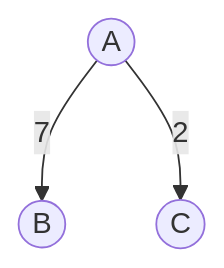
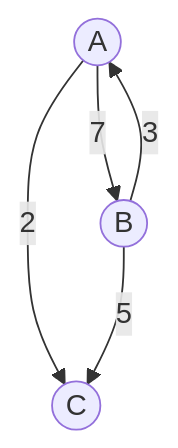
The second of 2 diagrams in README.md (rabestro/test-mermaid), drawn with Mermaid before and after one commit.

````diff
--- a/README.md
+++ b/README.md
@@ -11,5 +11,8 @@
 ```mermaid
 flowchart TD
     A((A)) -->|7| B((B))
     A -->|2| C((C))
+    B -->|3| A
+    B -->|5| C
+    
 ```
````
